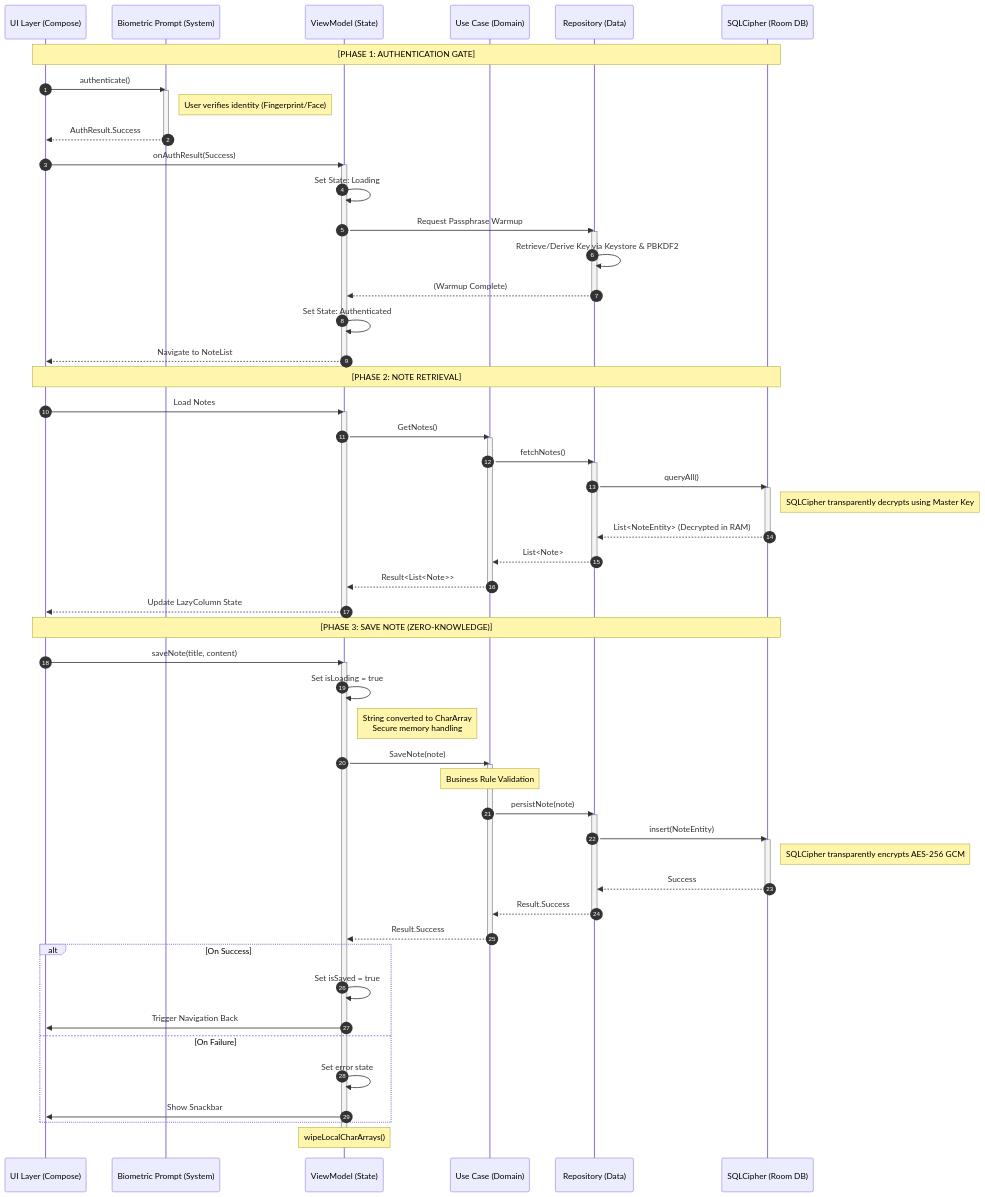
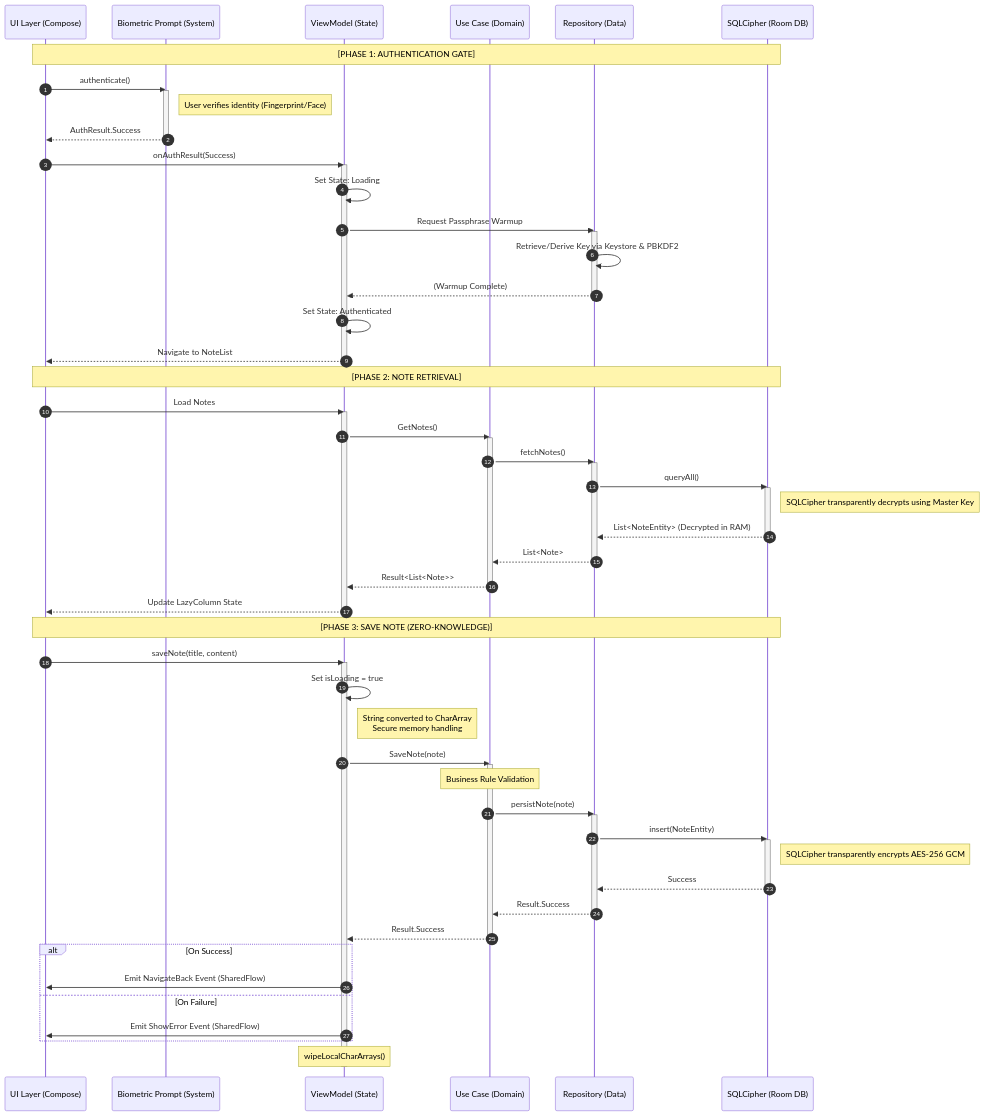
One commit to miggymamba/PraesidiumNote changed the diagram in README.md. Above: the diagram before and after it, drawn with Mermaid. The commit also changed other lines of this file and 1 other file, not shown here.

Commit message:
ci: switch to ubuntu-latest and temporarily disable UI tests

```diff
--- a/README.md
+++ b/README.md
@@ -211,11 +211,9 @@
     deactivate UC
 
     alt On Success
-        VM->>VM: Set isSaved = true
-        VM->>UI: Trigger Navigation Back
+        VM->>UI: Emit NavigateBack Event (SharedFlow)
     else On Failure
-        VM->>VM: Set error state
-        VM->>UI: Show Snackbar
+        VM->>UI: Emit ShowError Event (SharedFlow)
     end
 
     Note over VM: wipeLocalCharArrays()
```
